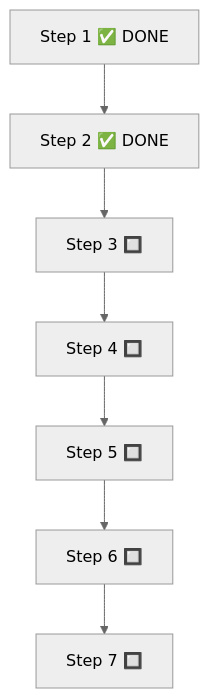
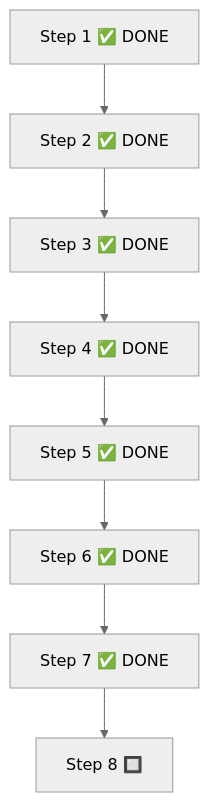
Before and after one commit to HermanoGranger/EZ-Makro: the diagram in docs/REFINEMENT_PLAN.md, drawn with Mermaid (neutral theme). The commit also changed other lines of this file, not shown here.

Commit message:
Step 7+8: Unified Food Interface — Analyse abgeschlossen (Option B), Implementierungsplan dokumentiert

````diff
--- a/docs/REFINEMENT_PLAN.md
+++ b/docs/REFINEMENT_PLAN.md
@@ -373,9 +623,10 @@
 ```mermaid
 graph TD
     A[Step 1 ✅ DONE] --> B[Step 2 ✅ DONE]
-    B --> C[Step 3 🔲]
-    C --> D[Step 4 🔲]
-    D --> E[Step 5 🔲]
-    E --> F[Step 6 🔲]
-    F --> G[Step 7 🔲]
+    B --> C[Step 3 ✅ DONE]
+    C --> D[Step 4 ✅ DONE]
+    D --> E[Step 5 ✅ DONE]
+    E --> F[Step 6 ✅ DONE]
+    F --> G[Step 7 ✅ DONE]
+    G --> H[Step 8 🔲]
 ```
````
